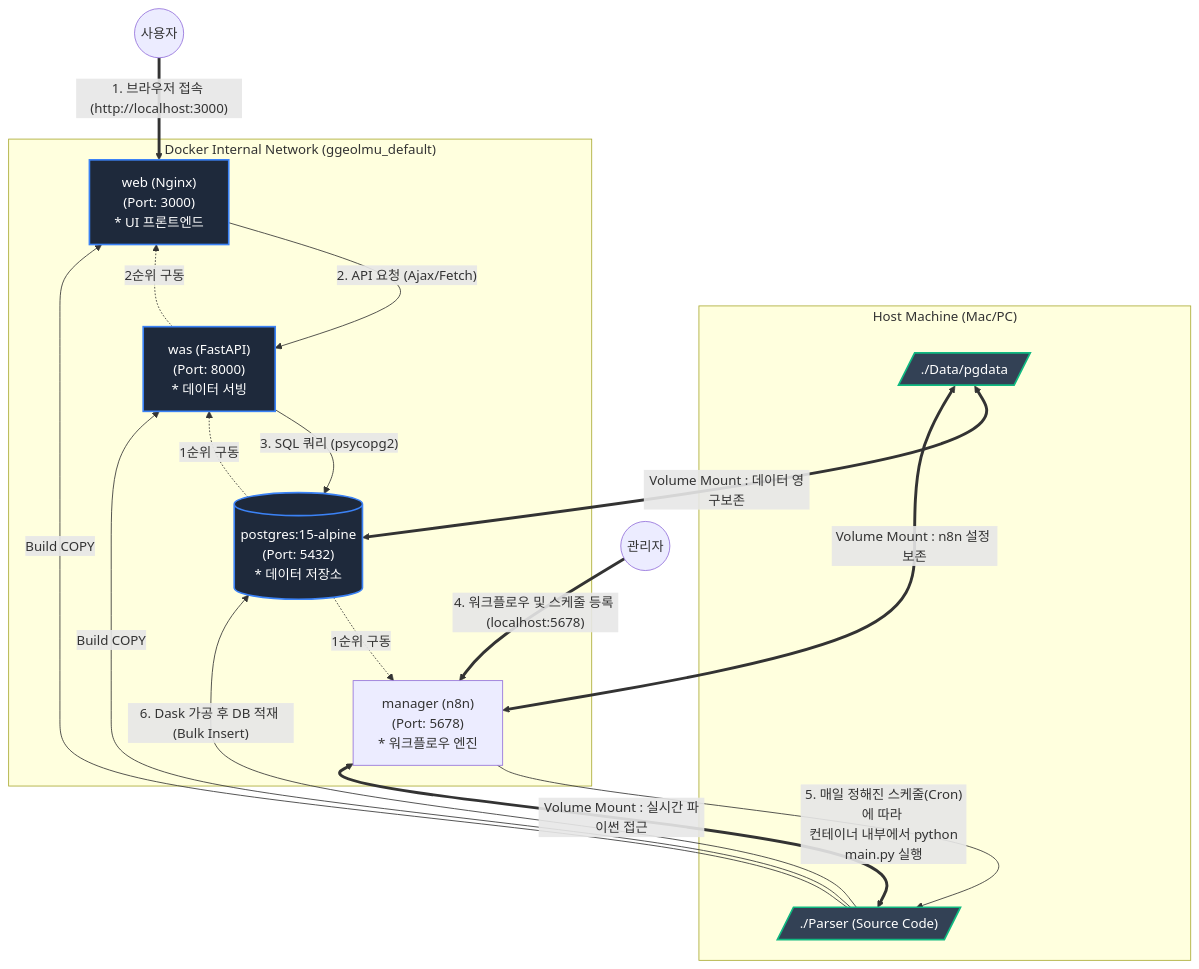
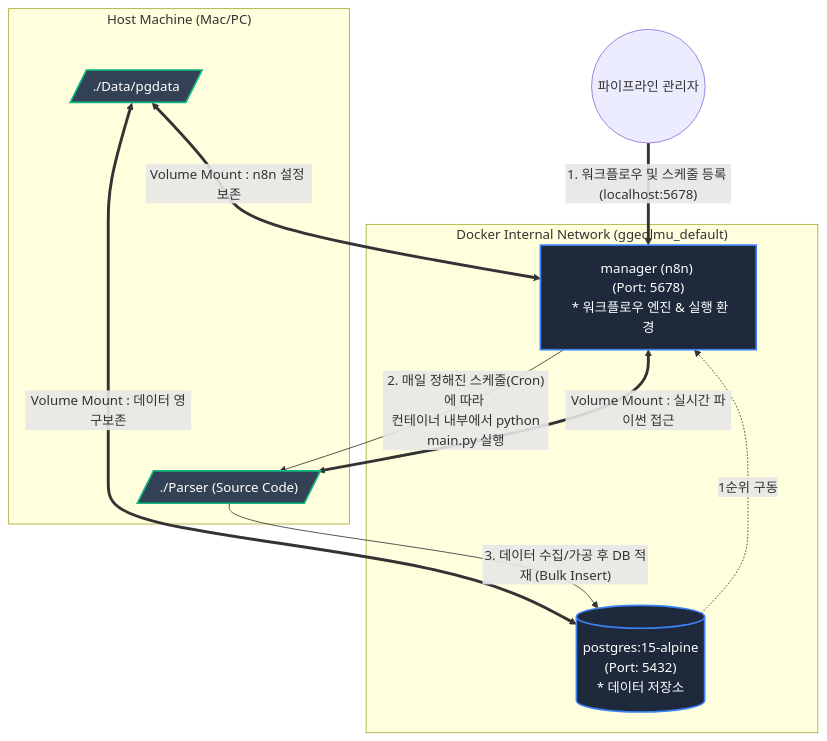
One commit to hugingstar/ggeolmu changed the first of 3 diagrams in README.md. Above: the diagram before and after it, drawn with Mermaid. The commit also changed other lines of this file and 8 other files, not shown here.

Commit message:
refactor: Simplify architecture to Manager-DB 2-Tier by removing WEB and WAS

````diff
--- a/README.md
+++ b/README.md
@@ -11,55 +11,38 @@
 ```mermaid
 flowchart TD
     %% 사용자 및 로컬 호스트
-    User(("사용자"))
-    Admin(("관리자"))
+    Admin(("파이프라인 관리자"))
     
     subgraph Host ["Host Machine (Mac/PC)"]
         LocalData[/"./Data/pgdata"/]
         LocalParser[/"./Parser (Source Code)"/]
     end
 
     %% 도커 네트워크 내부
     subgraph DockerNetwork ["Docker Internal Network (ggeolmu_default)"]
-        
         %% Manager Tier (Scheduler & Workflow)
-        Manager["manager (n8n) <br> (Port: 5678) <br> * 워크플로우 엔진"]
+        Manager["manager (n8n) <br> (Port: 5678) <br> * 워크플로우 엔진 & 실행 환경"]
         
         %% DB Tier
         DB[("postgres:15-alpine <br> (Port: 5432) <br> * 데이터 저장소")]
-        
-        %% WAS Tier (Backend)
-        WAS["was (FastAPI) <br> (Port: 8000) <br> * 데이터 서빙"]
-        
-        %% WEB Tier (Frontend)
-        WEB["web (Nginx) <br> (Port: 3000) <br> * UI 프론트엔드"]
     end
 
     %% 실행 트리거 및 의존성 (depends_on)
-    DB -. "1순위 구동" .-> WAS
     DB -. "1순위 구동" .-> Manager
-    WAS -. "2순위 구동" .-> WEB
 
     %% 파일 시스템 볼륨 매핑
     LocalData <==>|Volume Mount : 데이터 영구보존| DB
     LocalData <==>|Volume Mount : n8n 설정 보존| Manager
-    LocalParser -->|Build COPY| WAS
-    LocalParser -->|Build COPY| WEB
     LocalParser <==>|Volume Mount : 실시간 파이썬 접근| Manager
 
-    %% 데이터 흐름 및 접근
-    User == "1. 브라우저 접속 (http://localhost:3000)" ==> WEB
-    WEB -- "2. API 요청 (Ajax/Fetch)" --> WAS
-    WAS -- "3. SQL 쿼리 (psycopg2)" --> DB
-    
     %% 관리자 데이터 파이프라인 트리거 (자동화)
-    Admin == "4. 워크플로우 및 스케줄 등록 (localhost:5678)" ==> Manager
-    Manager -- "5. 매일 정해진 스케줄(Cron)에 따라 <br> 컨테이너 내부에서 python main.py 실행" --> LocalParser
-    LocalParser -- "6. Dask 가공 후 DB 적재 (Bulk Insert)" --> DB
+    Admin == "1. 워크플로우 및 스케줄 등록 (localhost:5678)" ==> Manager
+    Manager -- "2. 매일 정해진 스케줄(Cron)에 따라 <br> 컨테이너 내부에서 python main.py 실행" --> LocalParser
+    LocalParser -- "3. 데이터 수집/가공 후 DB 적재 (Bulk Insert)" --> DB
 
     classDef container fill:#1e293b,stroke:#3b82f6,stroke-width:2px,color:#fff;
     classDef storage fill:#334155,stroke:#10b981,stroke-width:2px,color:#fff;
     
-    class DB,WAS,WEB container;
+    class DB,Manager container;
     class LocalData,LocalParser storage;
 ```
````
